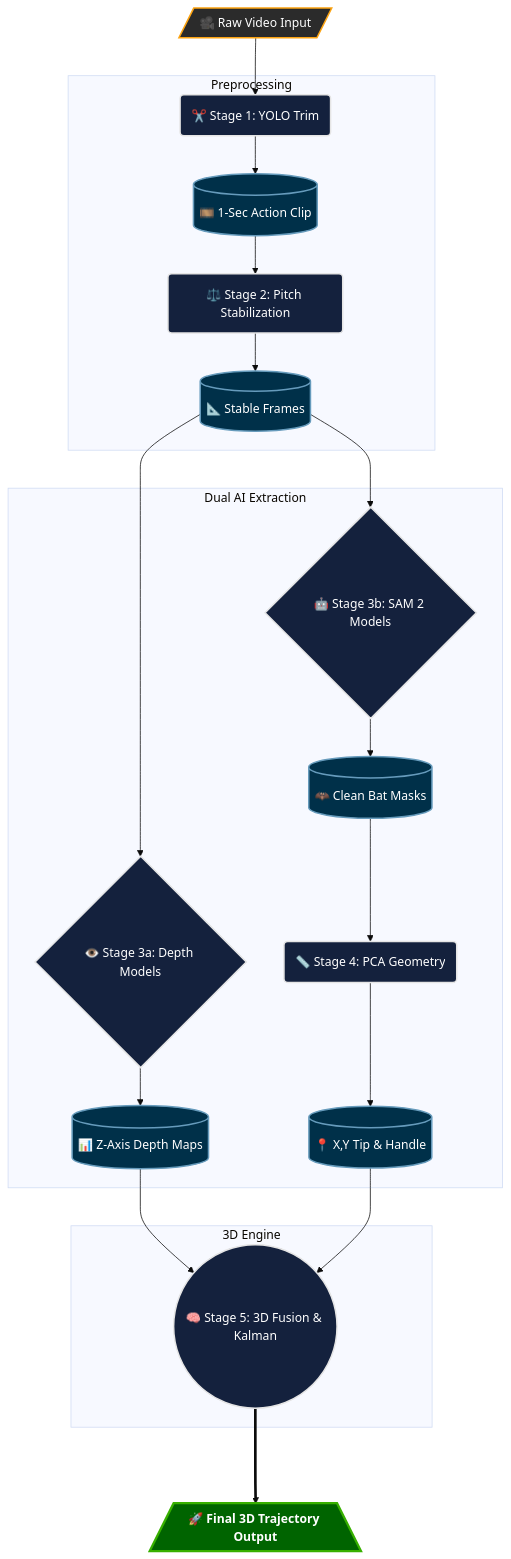
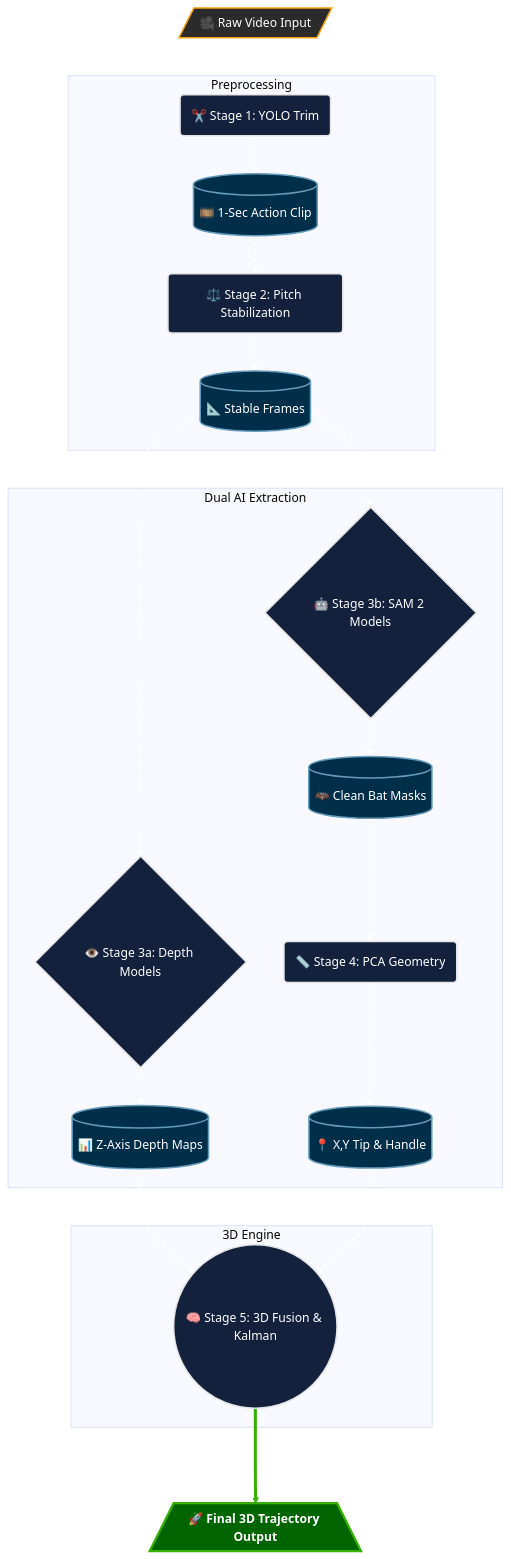
One commit to adnanmsk/blog_privew changed the first of 4 diagrams in pipeline_diagrams.md. Above: the diagram before and after it, drawn with Mermaid (base theme). The commit also changed other lines of this file, not shown here.

Commit message:
Add highly styled diagram Options 3 and 4 with dashed line animations

````diff
--- a/pipeline_diagrams.md
+++ b/pipeline_diagrams.md
@@ -10,37 +10,41 @@
 ```mermaid
 flowchart TD
     %% Custom Styles
     classDef input fill:#2b2b2b,stroke:#fca311,stroke-width:2px,color:#fff,rx:10px,ry:10px;
     classDef stage fill:#14213d,stroke:#e5e5e5,stroke-width:2px,color:#fff,rx:5px,ry:5px;
     classDef data fill:#003049,stroke:#669bbc,stroke-width:2px,color:#fff,rx:15px,ry:15px;
     classDef output fill:#006400,stroke:#38b000,stroke-width:3px,color:#fff,rx:10px,ry:10px,font-weight:bold;
 
     Vid[/"🎥 Raw Video Input"/]:::input --> S1
     
     subgraph Preprocessing
     S1("✂️ Stage 1: YOLO Trim"):::stage --> Clip[("🎞️ 1-Sec Action Clip")]:::data
     Clip --> S2("⚖️ Stage 2: Pitch Stabilization"):::stage
     S2 --> Stable[("📐 Stable Frames")]:::data
     end
     
     Stable --> S3A
     Stable --> S3B
 
     subgraph Dual AI Extraction
     S3A{"👁️ Stage 3a: Depth Models"}:::stage
     S3B{"🤖 Stage 3b: SAM 2 Models"}:::stage
     S3A --> ZData[("📊 Z-Axis Depth Maps")]:::data
     S3B --> Mask[("🦇 Clean Bat Masks")]:::data
     Mask --> S4("📏 Stage 4: PCA Geometry"):::stage
     S4 --> XYData[("📍 X,Y Tip & Handle")]:::data
     end
     
     ZData --> S5
     XYData --> S5
 
     subgraph 3D Engine
     S5(("🧠 Stage 5: 3D Fusion & Kalman")):::stage
     end
     
     S5 ===> Out[/"🚀 Final 3D Trajectory Output"\]:::output
+    
+    %% Dashed Flow Lines
+    linkStyle 0,1,2,3,4,5,6,7,8,9,10,11 stroke:#fff,stroke-width:2px,stroke-dasharray: 5 5;
+    linkStyle 12 stroke:#38b000,stroke-width:4px;
 ```
````
